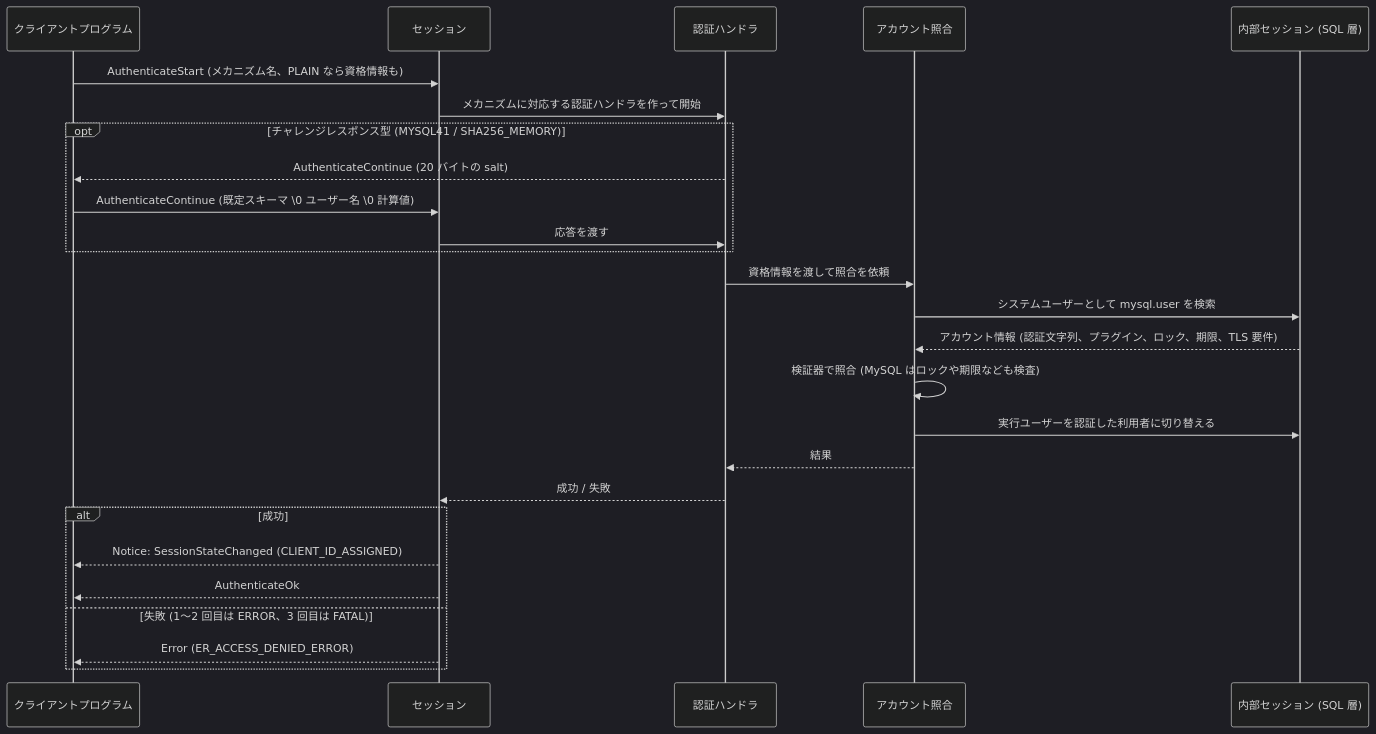
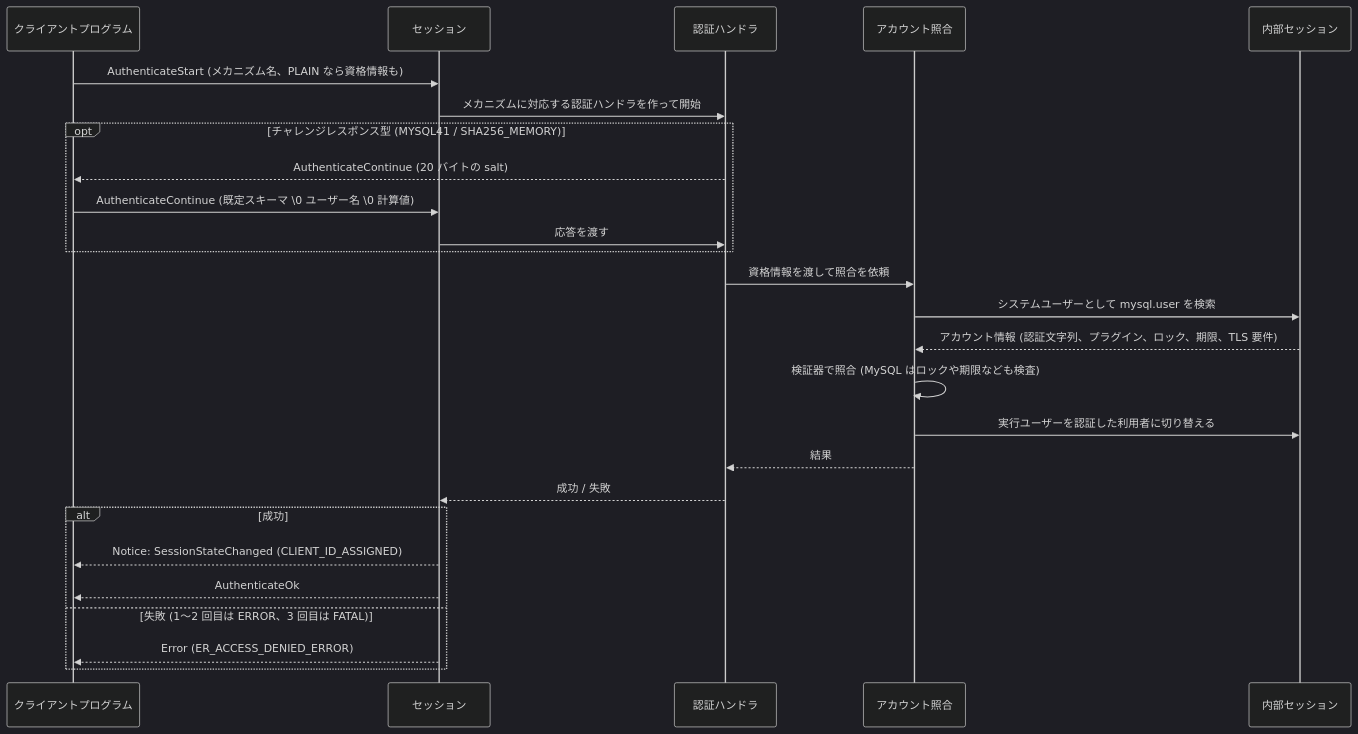
Before and after one commit to ren-yamanashi/minesql: the second of 2 diagrams in docs/specification/connection/authentication.md, drawn with Mermaid (dark theme). The commit also changed other lines of this file and 5 other files, not shown here.

````diff
--- a/docs/specification/connection/authentication.md
+++ b/docs/specification/connection/authentication.md
@@ -79,28 +79,28 @@
 ```mermaid
 sequenceDiagram
     participant C as クライアントプログラム
     participant S as セッション
     participant A as 認証ハンドラ
     participant V as アカウント照合
-    participant I as 内部セッション (SQL 層)
+    participant I as 内部セッション
     C->>S: AuthenticateStart (メカニズム名、PLAIN なら資格情報も)
     S->>A: メカニズムに対応する認証ハンドラを作って開始
     opt チャレンジレスポンス型 (MYSQL41 / SHA256_MEMORY)
         A-->>C: AuthenticateContinue (20 バイトの salt)
         C->>S: AuthenticateContinue (既定スキーマ \0 ユーザー名 \0 計算値)
         S->>A: 応答を渡す
     end
     A->>V: 資格情報を渡して照合を依頼
     V->>I: システムユーザーとして mysql.user を検索
     I-->>V: アカウント情報 (認証文字列、プラグイン、ロック、期限、TLS 要件)
     V->>V: 検証器で照合 (MySQL はロックや期限なども検査)
     V->>I: 実行ユーザーを認証した利用者に切り替える
     V-->>A: 結果
     A-->>S: 成功 / 失敗
     alt 成功
         S-->>C: Notice: SessionStateChanged (CLIENT_ID_ASSIGNED)
         S-->>C: AuthenticateOk
     else 失敗 (1〜2 回目は ERROR、3 回目は FATAL)
         S-->>C: Error (ER_ACCESS_DENIED_ERROR)
     end
 ```
````
